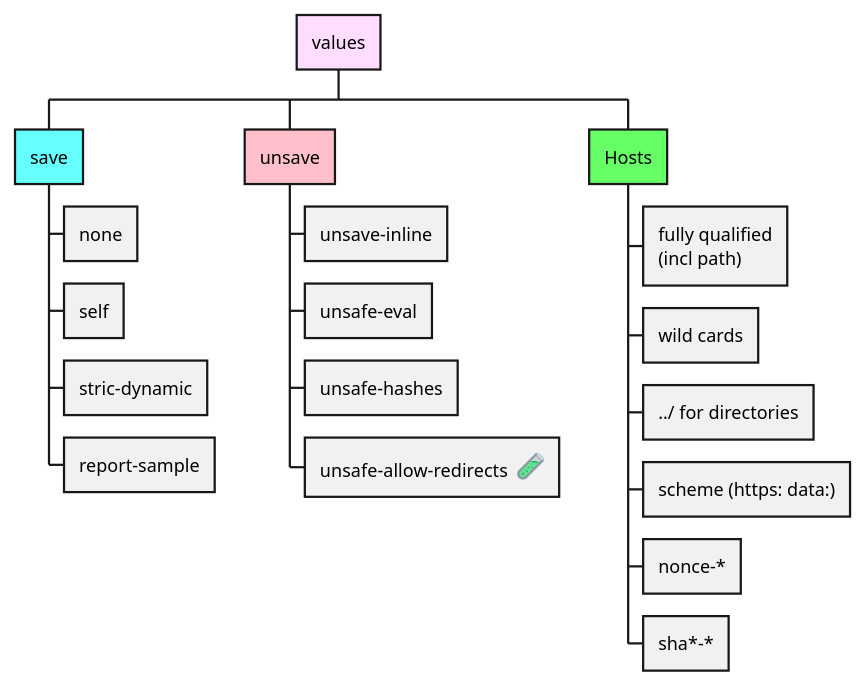
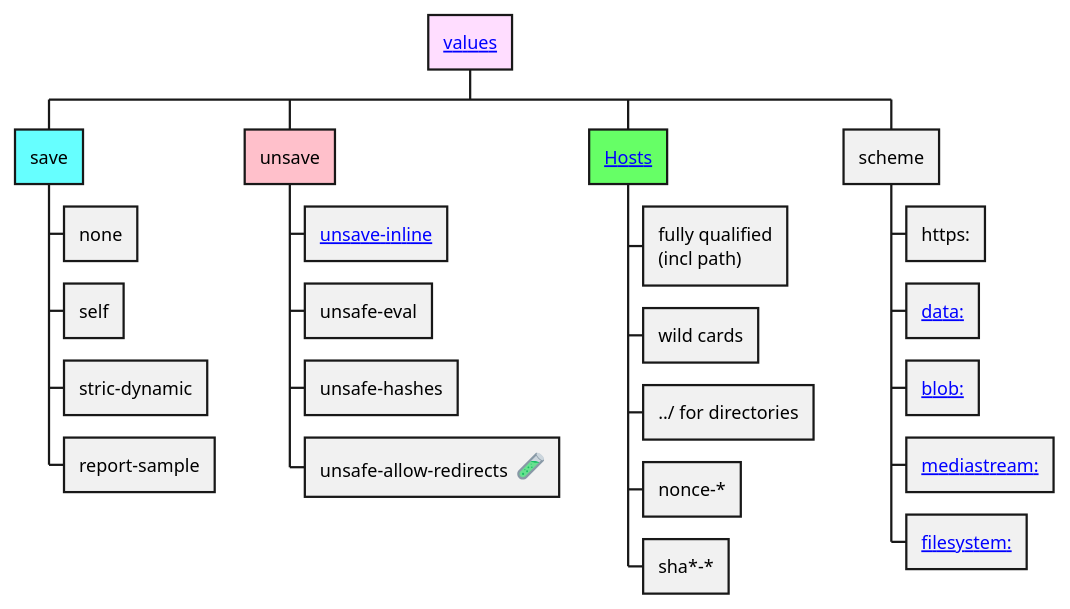
The diagram in src/main/resources/webroot/values.puml (Stwissel/csp-tester), drawn with PlantUML before and after one commit. The commit also changed 5 other files, not shown here.

```diff
--- a/src/main/resources/webroot/values.puml
+++ b/src/main/resources/webroot/values.puml
@@ -1,20 +1,25 @@
 @startwbs CSP-Values
-*[#FFDDFF] values
+*[#FFDDFF] [[https://developer.mozilla.org/en-US/docs/Web/HTTP/Headers/Content-Security-Policy/Sources#sources values]]
 **[#66FFFF] save
 *** none
 *** self
 *** stric-dynamic
 *** report-sample
 **[#pink] unsave
-*** unsave-inline
+*** [[https://developer.mozilla.org/en-US/docs/Web/HTTP/Headers/Content-Security-Policy/script-src#unsafe_inline_script unsave-inline]]
 *** unsafe-eval
 *** unsafe-hashes
 *** unsafe-allow-redirects  <:test_tube:>
-**[#66FF66] Hosts
+**[#66FF66] [[https://developer.mozilla.org/en-US/docs/Learn/Common_questions/What_is_a_URL Hosts]]
 *** fully qualified\n(incl path)
 *** wild cards
 *** ../ for directories
-*** scheme (https: data:)
 *** nonce-*
 *** sha*-*
+** scheme
+*** https:
+*** [[https://developer.mozilla.org/en-US/docs/Web/HTTP/Basics_of_HTTP/Data_URLs data:]]
+*** [[https://developer.mozilla.org/en-US/docs/Web/API/Blob blob:]]
+*** [[https://developer.mozilla.org/en-US/docs/Web/API/Media_Capture_and_Streams_API mediastream:]]
+*** [[https://developer.mozilla.org/en-US/docs/Web/API/FileSystem filesystem:]]
 @endwbs
```
